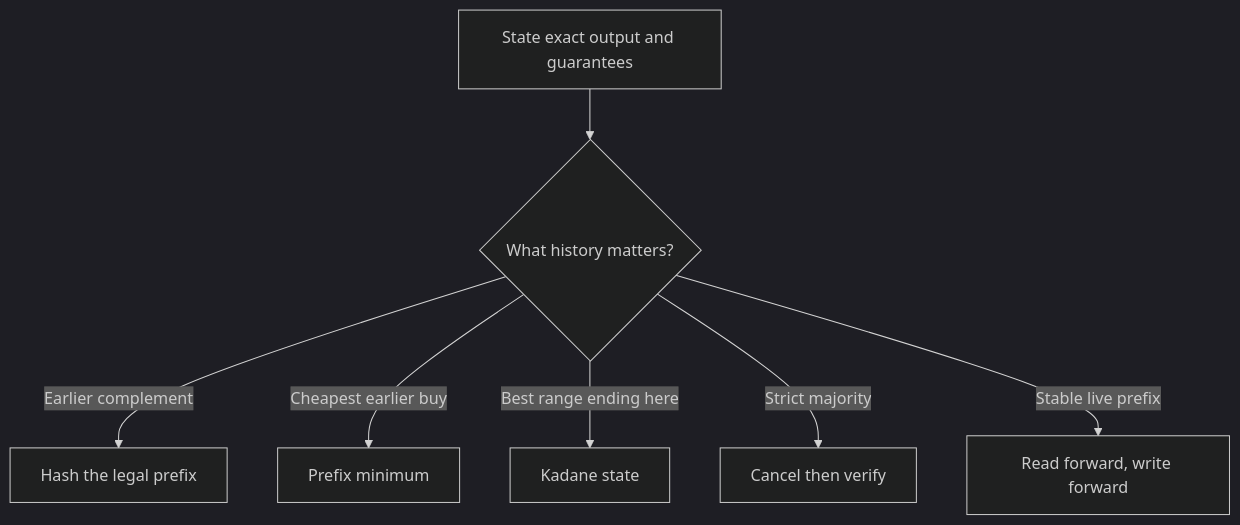
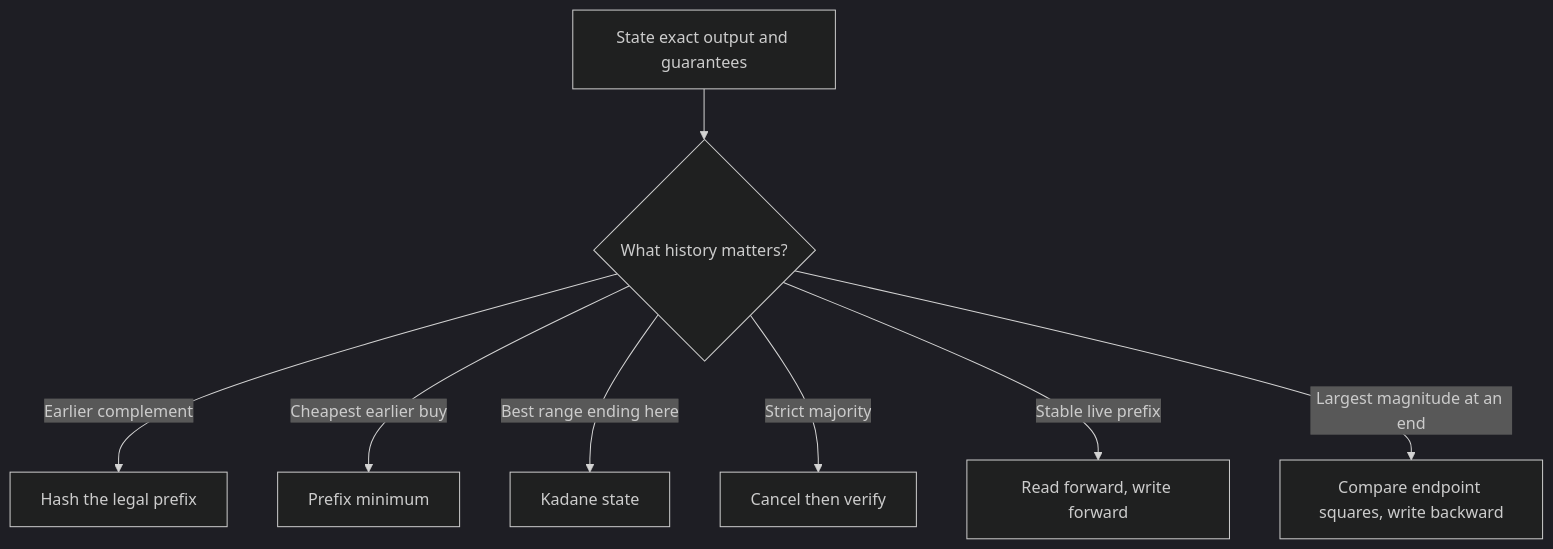
Diagram 14 of 26 in study-guides/striver-dsa/arrays/guide.md (pandeyprabhanshu7-beep/DSA), drawn with Mermaid (dark theme) before and after one commit. The commit also changed other lines of this file and 5 other files, not shown here.

````diff
--- a/study-guides/striver-dsa/arrays/guide.md
+++ b/study-guides/striver-dsa/arrays/guide.md
@@ -679,9 +682,10 @@
 ```mermaid
 flowchart TD
     A[State exact output and guarantees] --> B{What history matters?}
     B -->|Earlier complement| C[Hash the legal prefix]
     B -->|Cheapest earlier buy| D[Prefix minimum]
     B -->|Best range ending here| E[Kadane state]
     B -->|Strict majority| F[Cancel then verify]
     B -->|Stable live prefix| G[Read forward, write forward]
+    B -->|Largest magnitude at an end| H[Compare endpoint squares, write backward]
 ```
````
